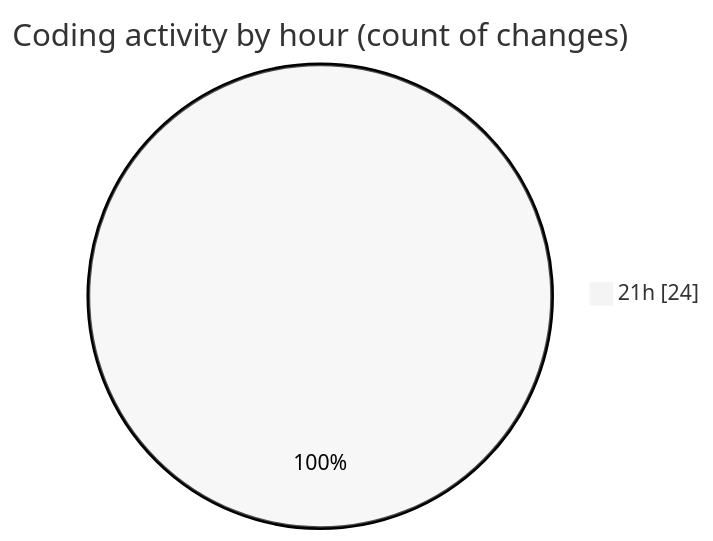
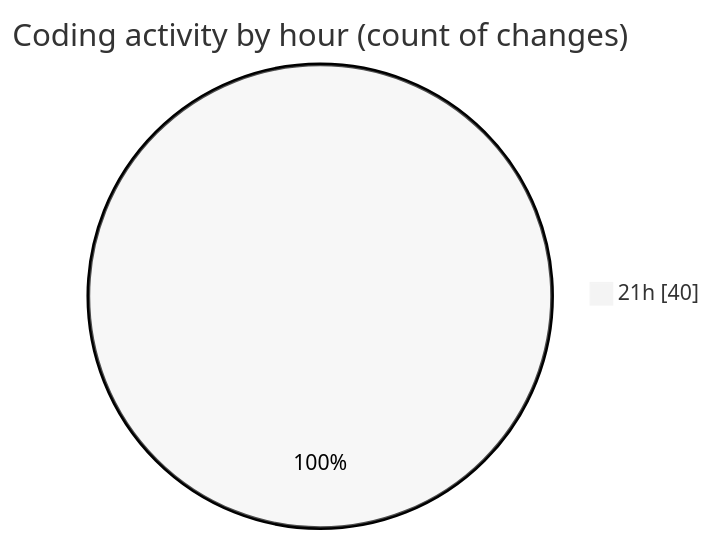
The second of 2 diagrams in 2025-07-22/nhahang/README.md (lephambinh05/code-tracking), drawn with Mermaid (neutral theme) before and after one commit. The commit also changed other lines of this file and 1 other file, not shown here.

````diff
--- a/2025-07-22/nhahang/README.md
+++ b/2025-07-22/nhahang/README.md
@@ -40,5 +48,5 @@
 ```mermaid
 pie showData
 title Coding activity by hour (count of changes)
-"21h" : 24
+"21h" : 40
 ```
````
